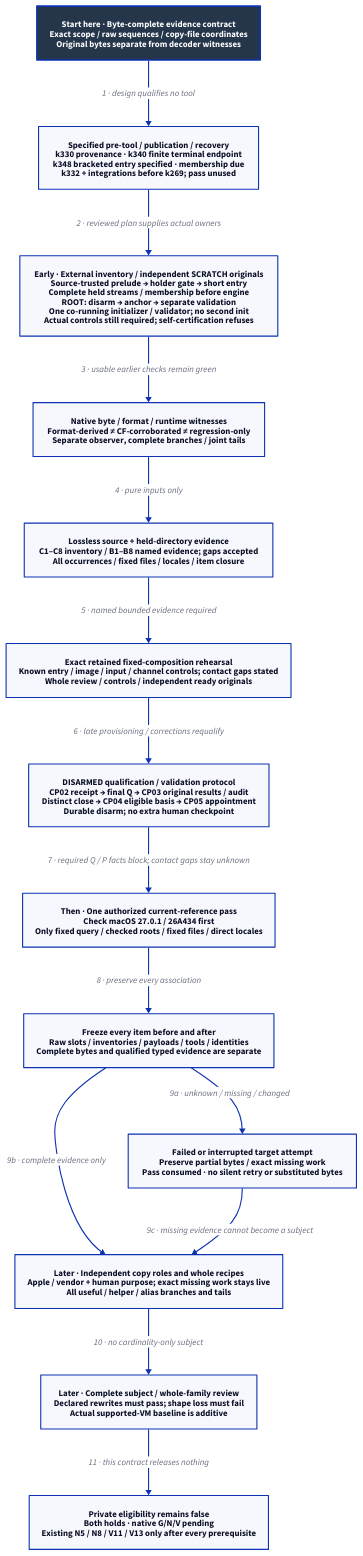
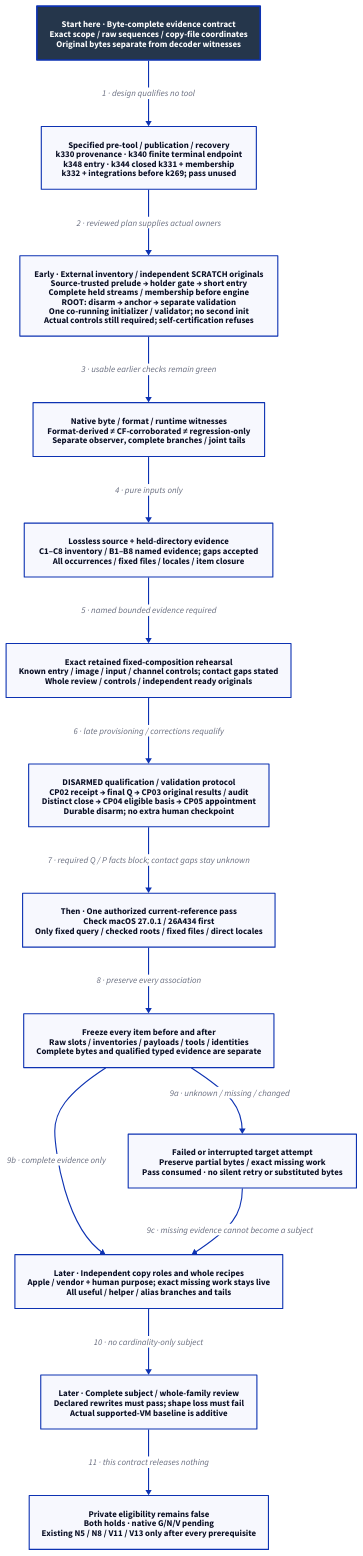
One commit to Linkuistics/Koine changed the diagram in docs/design/architecture/native-reference-evidence.d2. Above: the diagram before and after it, drawn with D2. The commit also changed 36 other files, not shown here.

First line of the commit message:
Close whole checkpoint-recovery replacement and freeze its membership (reference-evidence-checkpoint-recovery-k344; closes reference-evidence-checkpoint-recovery-k336, reference-evidence-checkpoint-recovery-k331)

```diff
--- a/docs/design/architecture/native-reference-evidence.d2
+++ b/docs/design/architecture/native-reference-evidence.d2
@@ -1,31 +1,31 @@
-# Specified k331 mechanisms and k348 bracketed entry; k344 membership and k332 review precede use.
+# K344 closed k331 with new whole membership; k332 review and integrations precede use.
 direction: down
 classes: {
   start: {style: {fill: "#25364B"; font-color: "#FFFFFF"; bold: true; stroke-width: 3}}
 }
 Start: "Start here · Byte-complete evidence contract\nExact scope / raw sequences / copy-file coordinates\nOriginal bytes separate from decoder witnesses" {class: start}
-Plan: "Specified pre-tool / publication / recovery\nk330 provenance · k340 finite terminal endpoint\nk348 bracketed entry specified · membership due\nk332 + integrations before k269; pass unused"
+Plan: "Specified pre-tool / publication / recovery\nk330 provenance · k340 finite terminal endpoint\nk348 entry · k344 closed k331 + membership\nk332 + integrations before k269; pass unused"
 Replay: "Early · External inventory / independent SCRATCH originals\nSource-trusted prelude → holder gate → short entry\nComplete held streams / membership before engine\nROOT: disarm → anchor → separate validation\nOne co-running initializer / validator; no second init\nActual controls still required; self-certification refuses"
 Decode: "Native byte / format / runtime witnesses\nFormat-derived ≠ CF-corroborated ≠ regression-only\nSeparate observer, complete branches / joint tails"
 Source: "Lossless source + held-directory evidence\nC1–C8 inventory / B1–B8 named evidence; gaps accepted\nAll occurrences / fixed files / locales / item closure"
 Pure: "Exact retained fixed-composition rehearsal\nKnown entry / image / input / channel controls; contact gaps stated\nWhole review / controls / independent ready originals"
 Authority: "DISARMED qualification / validation protocol\nCP02 receipt → final Q → CP03 original results / audit\nDistinct close → CP04 eligible basis → CP05 appointment\nDurable disarm; no extra human checkpoint"
 Pass: "Then · One authorized current-reference pass\nCheck macOS 27.0.1 / 26A434 first\nOnly fixed query / checked roots / fixed files / direct locales"
 Closure: "Freeze every item before and after\nRaw slots / inventories / payloads / tools / identities\nComplete bytes and qualified typed evidence are separate"
 Failed: "Failed or interrupted target attempt\nPreserve partial bytes / exact missing work\nPass consumed · no silent retry or substituted bytes"
 Roles: "Later · Independent copy roles and whole recipes\nApple / vendor + human purpose; exact missing work stays live\nAll useful / helper / alias branches and tails"
 Review: "Later · Complete subject / whole-family review\nDeclared rewrites must pass; shape loss must fail\nActual supported-VM baseline is additive"
 Hold: "Private eligibility remains false\nBoth holds · native G/N/V pending\nExisting N5 / N8 / V11 / V13 only after every prerequisite"
 Start -> Plan: "1 · design qualifies no tool"
 Plan -> Replay: "2 · reviewed plan supplies actual owners"
 Replay -> Decode: "3 · usable earlier checks remain green"
 Decode -> Source: "4 · pure inputs only"
 Source -> Pure: "5 · named bounded evidence required"
 Pure -> Authority: "6 · late provisioning / corrections requalify"
 Authority -> Pass: "7 · required Q / P facts block; contact gaps stay unknown"
 Pass -> Closure: "8 · preserve every association"
 Closure -> Failed: "9a · unknown / missing / changed"
 Closure -> Roles: "9b · complete evidence only"
 Failed -> Roles: "9c · missing evidence cannot become a subject"
 Roles -> Review: "10 · no cardinality-only subject"
 Review -> Hold: "11 · this contract releases nothing"
```
